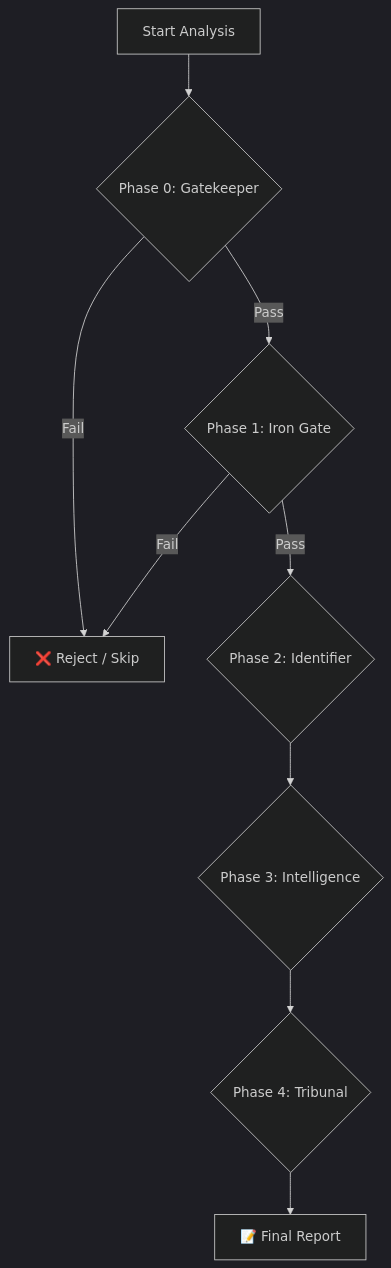
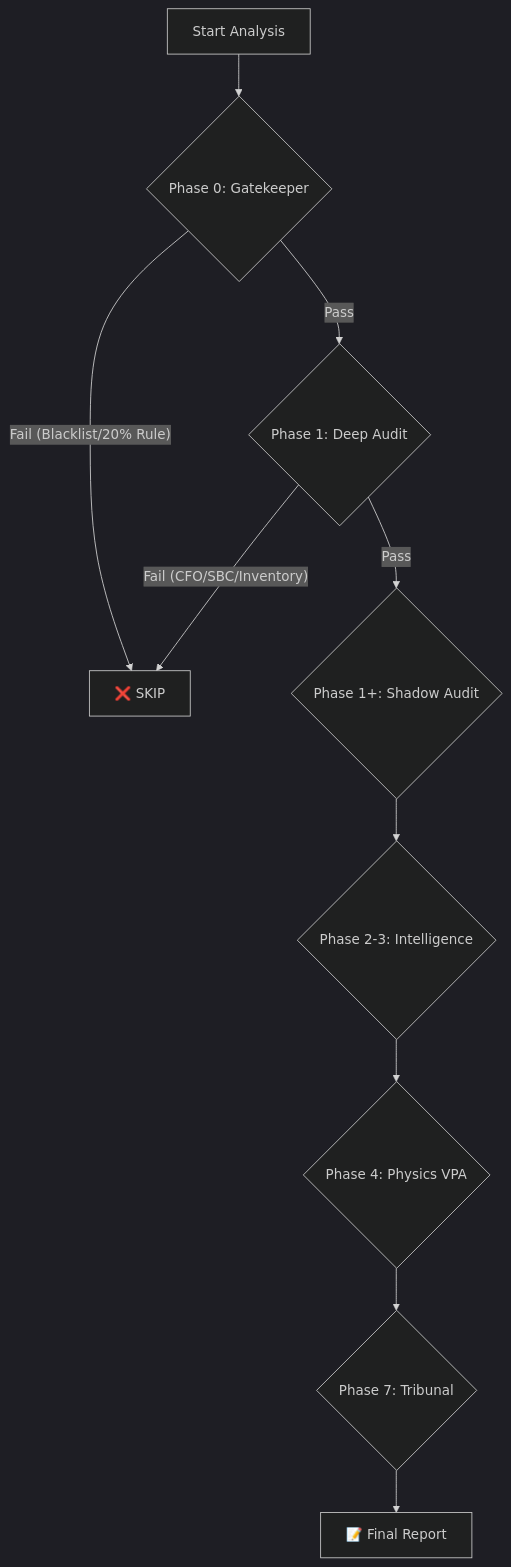
Before and after one commit to WayneJinOSU/growth_ai: the first of 5 diagrams in README.md, drawn with Mermaid (dark theme). The commit also changed other lines of this file and 9 other files, not shown here.

````diff
--- a/README.md
+++ b/README.md
@@ -28,16 +20,18 @@
 ```mermaid
 graph TD
     Start[Start Analysis] --> Gatekeeper{Phase 0: Gatekeeper}
     
-    Gatekeeper -- "Pass" --> IronGate{Phase 1: Iron Gate}
-    Gatekeeper -- "Fail" --> Reject[❌ Reject / Skip]
+    Gatekeeper -- "Pass" --> DeepAudit{Phase 1: Deep Audit}
+    Gatekeeper -- "Fail (Blacklist/20% Rule)" --> Reject[❌ SKIP]
     
-    IronGate -- "Pass" --> Identifier{Phase 2: Identifier}
-    IronGate -- "Fail" --> Reject
+    DeepAudit -- "Pass" --> Shadow{Phase 1+: Shadow Audit}
+    DeepAudit -- "Fail (CFO/SBC/Inventory)" --> Reject
     
-    Identifier --> Intelligence{Phase 3: Intelligence}
+    Shadow --> Intelligence{Phase 2-3: Intelligence}
     
-    Intelligence --> Tribunal{Phase 4: Tribunal}
+    Intelligence --> Physics{Phase 4: Physics VPA}
+    
+    Physics --> Tribunal{Phase 7: Tribunal}
     
     Tribunal --> FinalVerdict[📝 Final Report]
 ```
````
